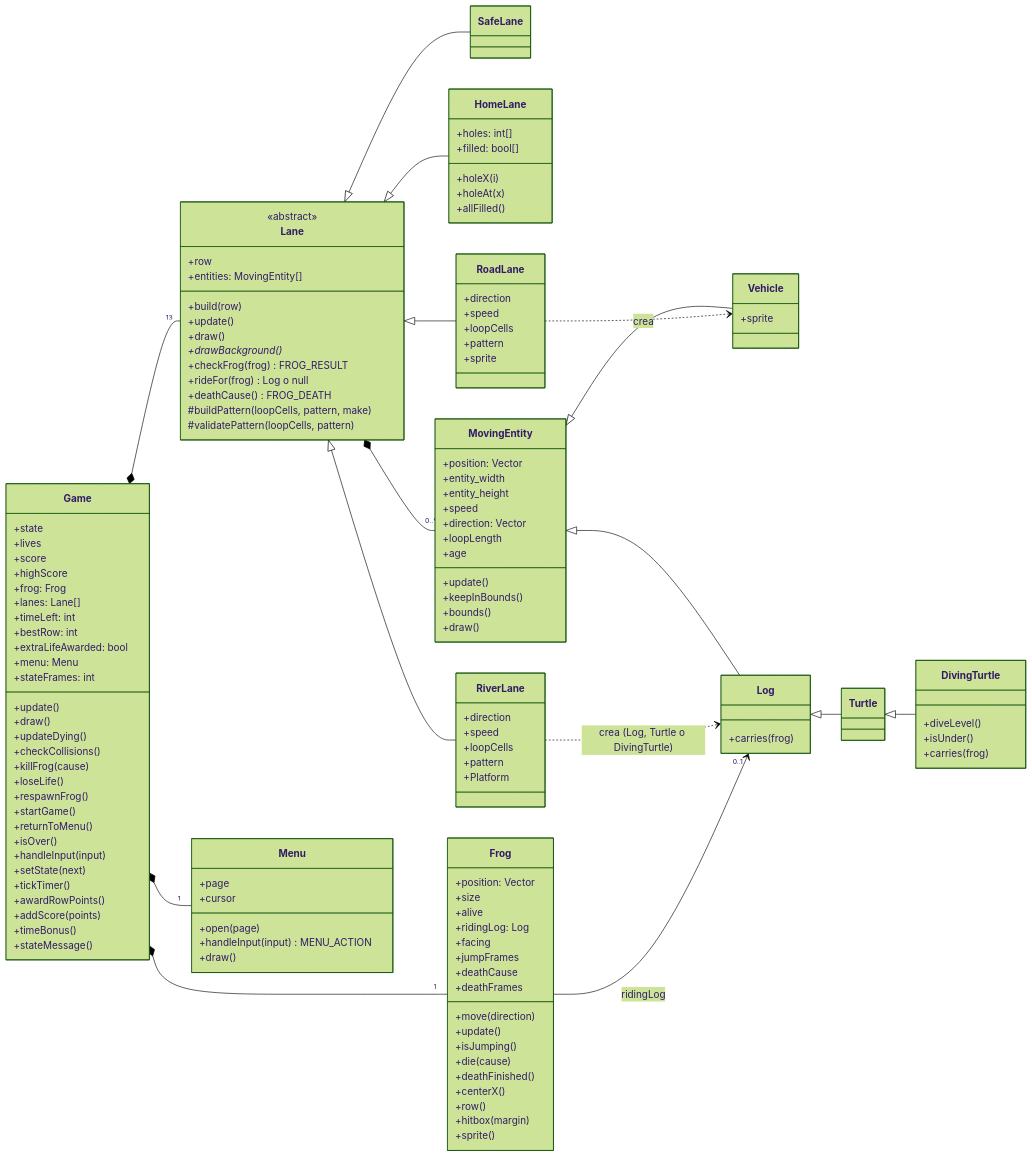
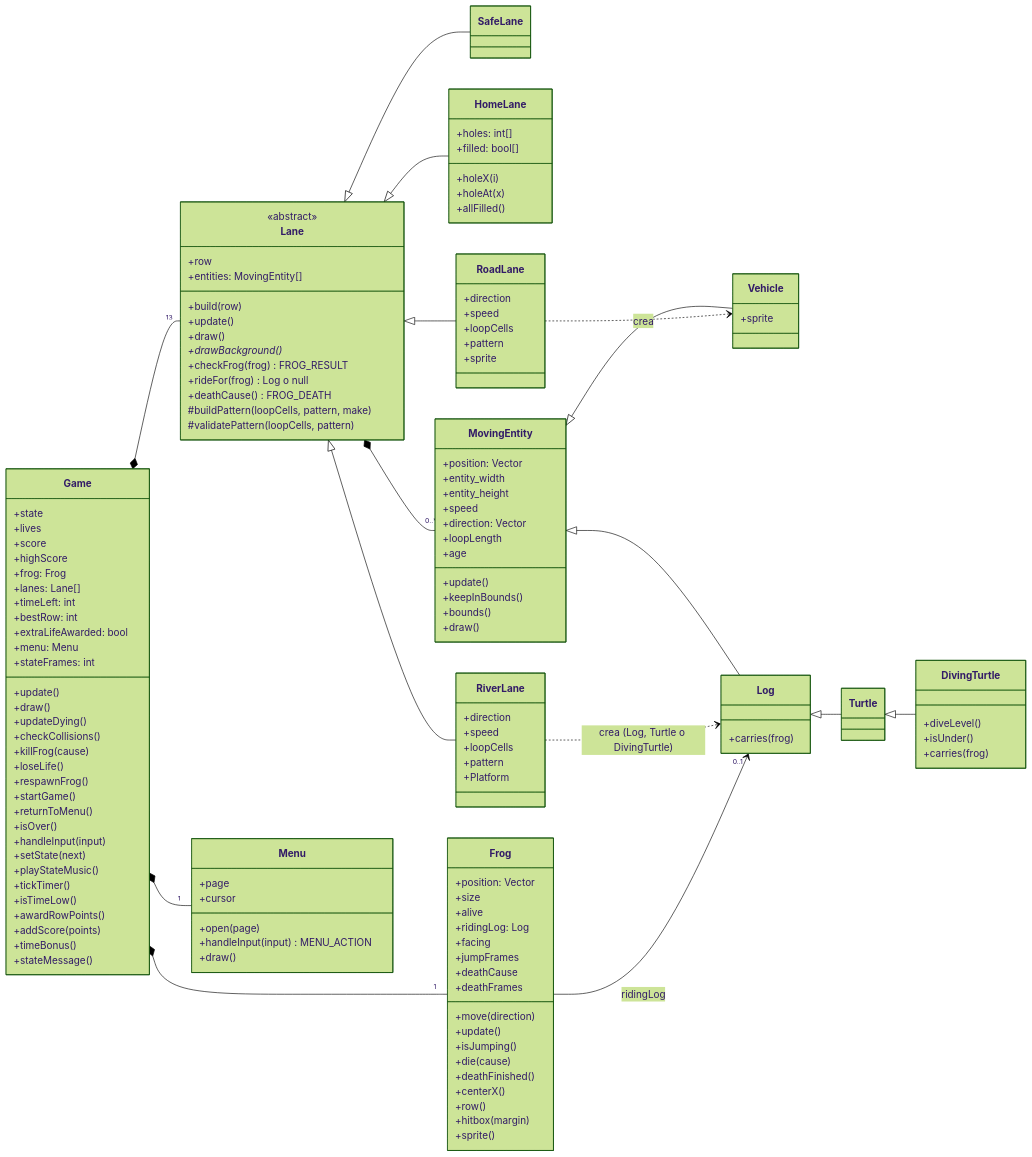
Before and after one commit to ShryhakAkizuki/Frogger-Visual_Computing_2026-II: the first of 3 diagrams in docs/ARQUITECTURA.md, drawn with Mermaid (forest theme). The commit also changed other lines of this file and 16 other files, not shown here.

```diff
--- a/docs/ARQUITECTURA.md
+++ b/docs/ARQUITECTURA.md
@@ -162,7 +165,9 @@
         +isOver()
         +handleInput(input)
         +setState(next)
+        +playStateMusic()
         +tickTimer()
+        +isTimeLow()
         +awardRowPoints()
         +addScore(points)
         +timeBonus()
```
